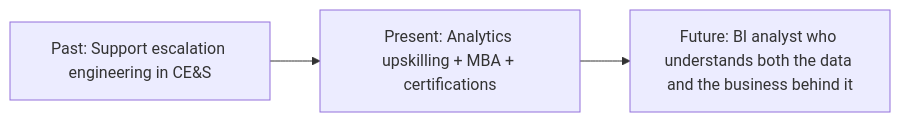
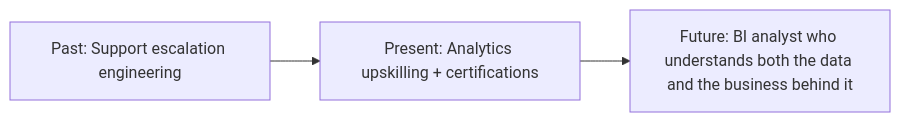
Before and after one commit to hichauhan-in/Interview-Prep: diagram 14 of 15 in BI Data Analyst/prep/Part-01-Role-Org-And-Gap-Map.md, drawn with Mermaid. The commit also changed other lines of this file and 32 other files, not shown here.

````diff
--- a/BI Data Analyst/prep/Part-01-Role-Org-And-Gap-Map.md
+++ b/BI Data Analyst/prep/Part-01-Role-Org-And-Gap-Map.md
@@ -1119,5 +1119,5 @@
 ```mermaid
 flowchart LR
-    A[Past: Support escalation engineering in CE&S] --> B[Present: Analytics upskilling + MBA + certifications]
+    A[Past: Support escalation engineering] --> B[Present: Analytics upskilling + certifications]
     B --> C[Future: BI analyst who understands both the data and the business behind it]
 ```
````
